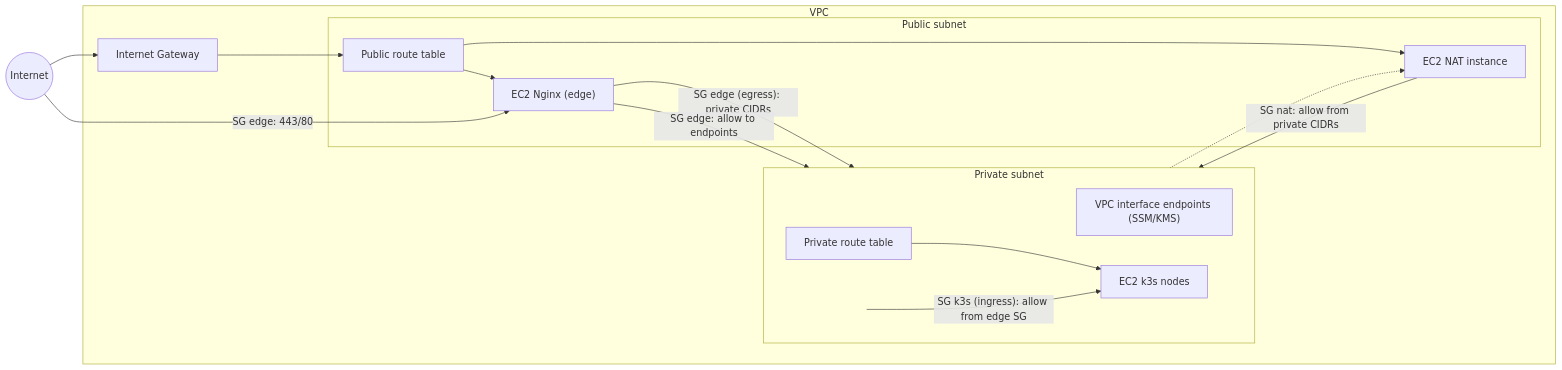
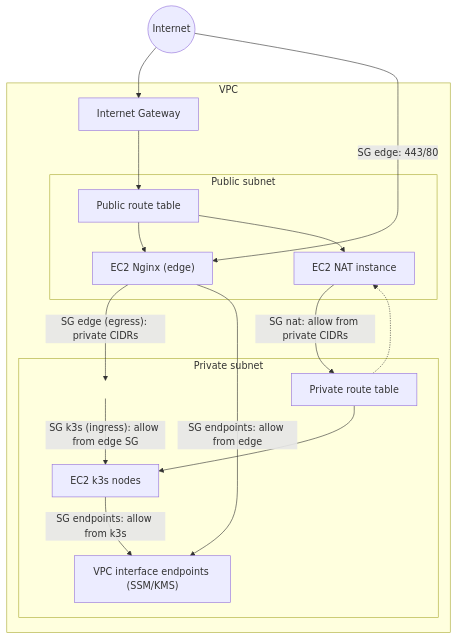
One commit to ClementV78/CloudRadar changed the second of 2 diagrams in docs/architecture/infrastructure.md. Above: the diagram before and after it, drawn with Mermaid. The commit also changed other lines of this file, not shown here.

Commit message:
docs(arch): refine VPC diagram and SG notes

````diff
--- a/docs/architecture/infrastructure.md
+++ b/docs/architecture/infrastructure.md
@@ -33,37 +33,37 @@
 ```mermaid
-flowchart LR
+flowchart TB
   internet((Internet))
 
   subgraph VPC["VPC"]
     igw["Internet Gateway"]
 
     subgraph Public["Public subnet"]
+      publicRT["Public route table"]
       edge["EC2 Nginx (edge)"]
       nat["EC2 NAT instance"]
-      publicRT["Public route table"]
     end
 
     subgraph Private["Private subnet"]
-      direction LR
+      privateRT["Private route table"]
+      k3s["EC2 k3s nodes"]
       ssmEndpoints["VPC interface endpoints (SSM/KMS)"]
-      privateRT["Private route table"]
       edgeToK3s[" "]
-      k3s["EC2 k3s nodes"]
     end
   end
 
   internet --> igw
   igw --> publicRT
   publicRT --> edge
   publicRT --> nat
   privateRT --> k3s
   privateRT -.-> nat
 
   internet -- "SG edge: 443/80" --> edge
   edge -- "SG edge (egress): private CIDRs" --> edgeToK3s
   edgeToK3s -- "SG k3s (ingress): allow from edge SG" --> k3s
-  edge -- "SG edge: allow to endpoints" --> ssmEndpoints
+  edge -- "SG endpoints: allow from edge" --> ssmEndpoints
+  k3s -- "SG endpoints: allow from k3s" --> ssmEndpoints
   nat -- "SG nat: allow from private CIDRs" --> privateRT
 
   style edgeToK3s fill:transparent,stroke:transparent,stroke-width:0px;
 ```
````
